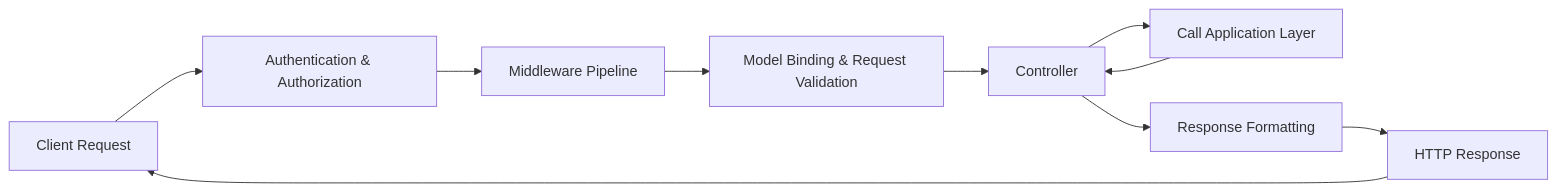
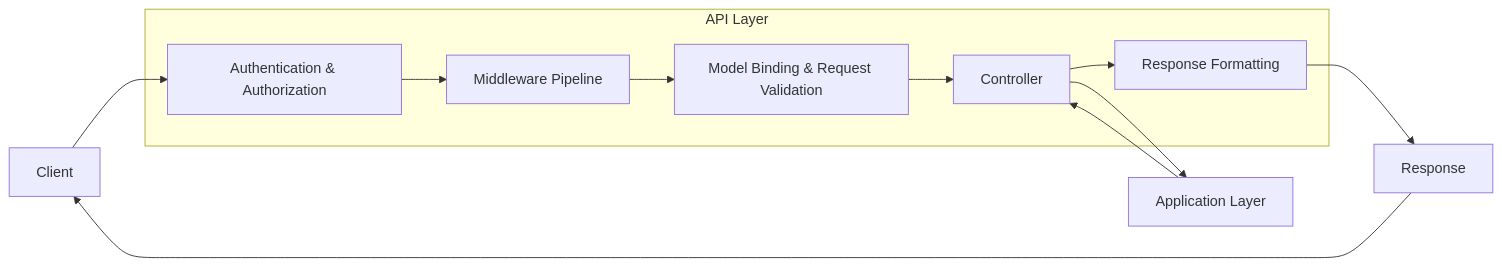
Before and after one commit to HChakraborty/DotnetMicroserviceTemplate: the second of 5 diagrams in docs/architecture/overview.md, drawn with Mermaid. The commit also changed other lines of this file, not shown here.

Commit message:
docs: update overview.md diagrams

````diff
--- a/docs/architecture/overview.md
+++ b/docs/architecture/overview.md
@@ -87,20 +87,24 @@
 ```mermaid
 flowchart LR
-    Client[Client Request] --> Auth[Authentication & Authorization]
+    Client --> Auth
 
-    Auth --> Middleware[Middleware Pipeline]
+    subgraph API Layer
+        Auth[Authentication & Authorization]
+        Middleware[Middleware Pipeline]
+        Validation[Model Binding & Request Validation]
+        Controller[Controller]
+        Format[Response Formatting]
+    end
 
-    Middleware --> Validation[Model Binding & Request Validation]
+    Auth --> Middleware
+    Middleware --> Validation
+    Validation --> Controller
 
-    Validation --> Controller[Controller]
-
-    Controller --> AppCall[Call Application Layer]
-
+    Controller --> AppCall[Application Layer]
     AppCall --> Controller
 
-    Controller --> Format[Response Formatting]
-
-    Format --> Response[HTTP Response]
+    Controller --> Format
+    Format --> Response
 
     Response --> Client
 ```
````
